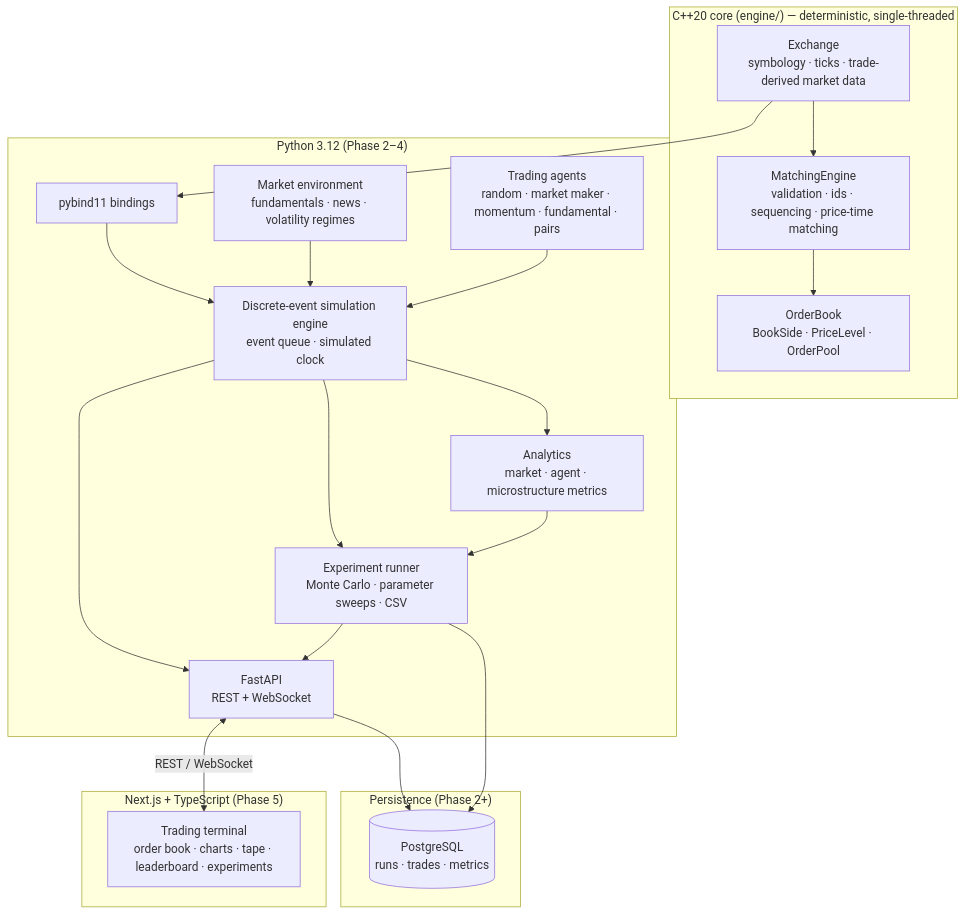
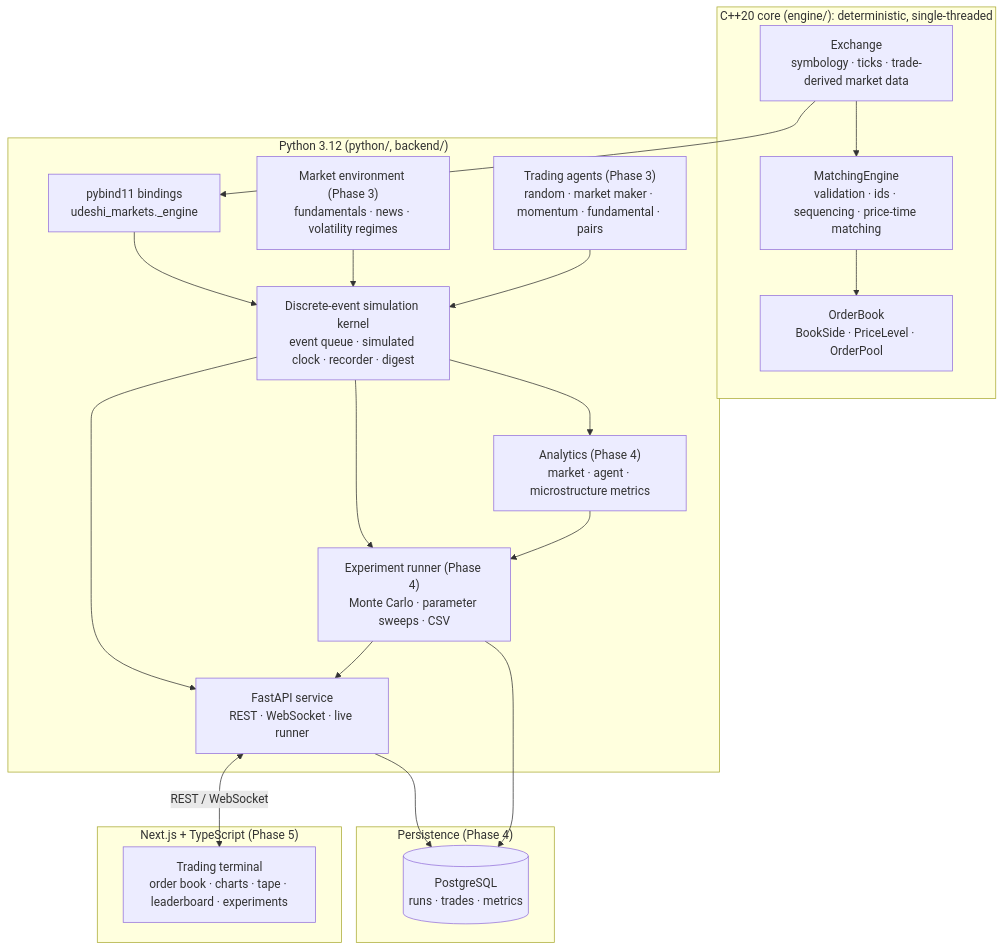
The first of 2 diagrams in docs/architecture.md (luvudeshi/udeshi-markets), drawn with Mermaid before and after one commit. The commit also changed other lines of this file and 2 other files, not shown here.

First line of the commit message:
Docs: README quick start and Python example, architecture for Phase 2

````diff
--- a/docs/architecture.md
+++ b/docs/architecture.md
@@ -6,41 +6,41 @@
 ```mermaid
 flowchart TB
-    subgraph Core["C++20 core (engine/) — deterministic, single-threaded"]
+    subgraph Core["C++20 core (engine/): deterministic, single-threaded"]
         OB["OrderBook<br/>BookSide · PriceLevel · OrderPool"]
         ME["MatchingEngine<br/>validation · ids · sequencing · price-time matching"]
         EX["Exchange<br/>symbology · ticks · trade-derived market data"]
         ME --> OB
         EX --> ME
     end
 
-    subgraph Py["Python 3.12 (Phase 2–4)"]
-        BIND["pybind11 bindings"]
-        SIM["Discrete-event simulation engine<br/>event queue · simulated clock"]
-        ENV["Market environment<br/>fundamentals · news · volatility regimes"]
-        AG["Trading agents<br/>random · market maker · momentum · fundamental · pairs"]
-        AN["Analytics<br/>market · agent · microstructure metrics"]
-        XP["Experiment runner<br/>Monte Carlo · parameter sweeps · CSV"]
-        API["FastAPI<br/>REST + WebSocket"]
+    subgraph Py["Python 3.12 (python/, backend/)"]
+        BIND["pybind11 bindings<br/>udeshi_markets._engine"]
+        SIM["Discrete-event simulation kernel<br/>event queue · simulated clock · recorder · digest"]
+        ENV["Market environment (Phase 3)<br/>fundamentals · news · volatility regimes"]
+        AG["Trading agents (Phase 3)<br/>random · market maker · momentum · fundamental · pairs"]
+        AN["Analytics (Phase 4)<br/>market · agent · microstructure metrics"]
+        XP["Experiment runner (Phase 4)<br/>Monte Carlo · parameter sweeps · CSV"]
+        API["FastAPI service<br/>REST · WebSocket · live runner"]
     end
 
-    subgraph Data["Persistence (Phase 2+)"]
+    subgraph Data["Persistence (Phase 4)"]
         PG[("PostgreSQL<br/>runs · trades · metrics")]
     end
 
     subgraph UI["Next.js + TypeScript (Phase 5)"]
         FE["Trading terminal<br/>order book · charts · tape · leaderboard · experiments"]
     end
 
     EX --> BIND
     BIND --> SIM
     ENV --> SIM
     AG --> SIM
     SIM --> AN
     SIM --> XP
     AN --> XP
     SIM --> API
     XP --> API
     API --> PG
     XP --> PG
     API <-->|REST / WebSocket| FE
 ```
````
